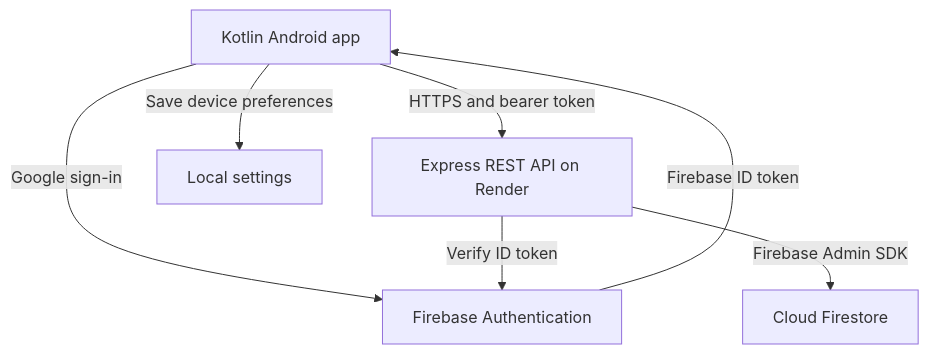
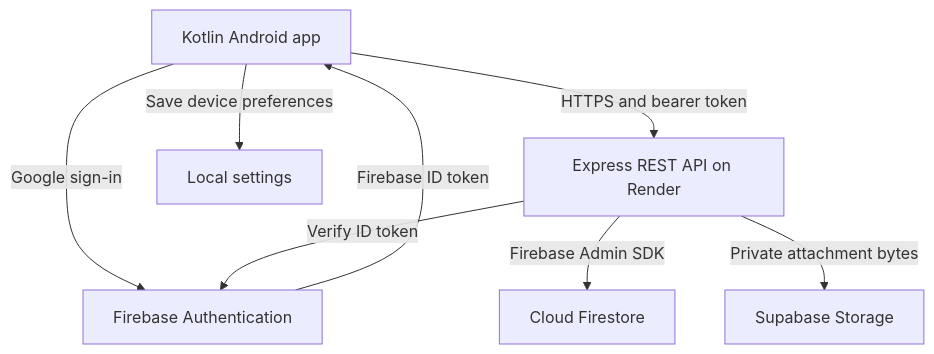
One commit to ST10435330/PROG7314_POE_Part_3 changed the diagram in README.md. Above: the diagram before and after it, drawn with Mermaid. The commit also changed other lines of this file and 14 other files, not shown here.

````diff
--- a/README.md
+++ b/README.md
@@ -152,9 +134,10 @@
 ```mermaid
 flowchart TD
     A["Kotlin Android app"] -->|Google sign-in| B["Firebase Authentication"]
     B -->|Firebase ID token| A
     A -->|HTTPS and bearer token| C["Express REST API on Render"]
     C -->|Verify ID token| B
     C -->|Firebase Admin SDK| D["Cloud Firestore"]
+    C -->|Private attachment bytes| F["Supabase Storage"]
     A -->|Save device preferences| E["Local settings"]
 ```
````
